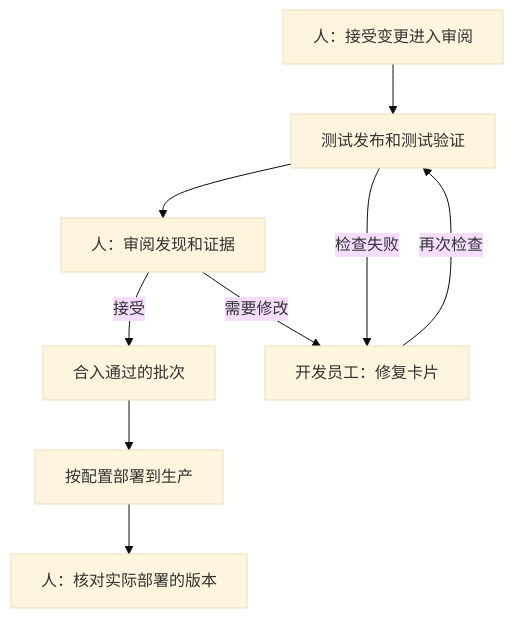
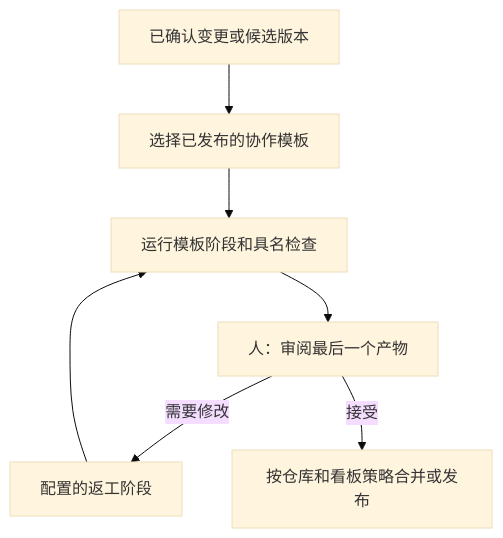
Before and after one commit to WeiJiLab/aiworkforce-docs: the diagram in src/content/docs/zh-cn/software-factory/pr-to-merge.md, drawn with Mermaid (base theme). The commit also changed other lines of this file and 12 other files, not shown here.

````diff
--- a/src/content/docs/zh-cn/software-factory/pr-to-merge.md
+++ b/src/content/docs/zh-cn/software-factory/pr-to-merge.md
@@ -17,13 +17,11 @@
 ```mermaid
 flowchart TD
-    ready["人：接受变更进入审阅"] --> checks["测试发布和测试验证"]
-    checks --> decision["人：审阅发现和证据"]
-    decision -->|接受| release["合入通过的批次"]
-    release --> deploy["按配置部署到生产"]
-    deploy --> ship["人：核对实际部署的版本"]
-    checks -->|检查失败| fix["开发员工：修复卡片"]
-    decision -->|需要修改| fix
-    fix -->|再次检查| checks
-    class ready,decision,ship human
-    class checks,fix,release,deploy agent
+    change["已确认变更或候选版本"] --> template["选择已发布的协作模板"]
+    template --> checks["运行模板阶段和具名检查"]
+    checks --> decision["人：审阅最后一个产物"]
+    decision -->|需要修改| repair["配置的返工阶段"]
+    repair --> checks
+    decision -->|接受| merge["按仓库和看板策略合并或发布"]
+    class change,decision,merge human
+    class template,checks,repair agent
 ```
````
